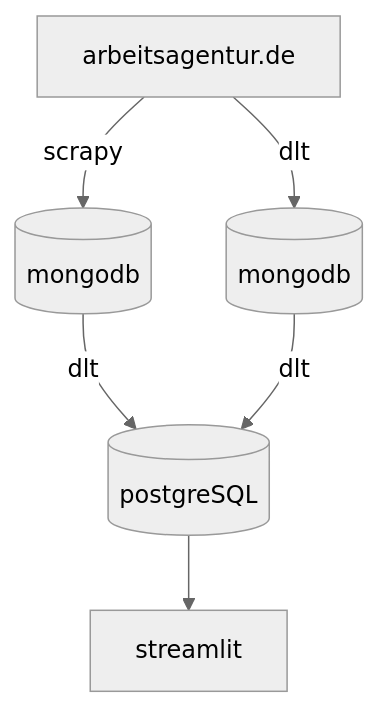
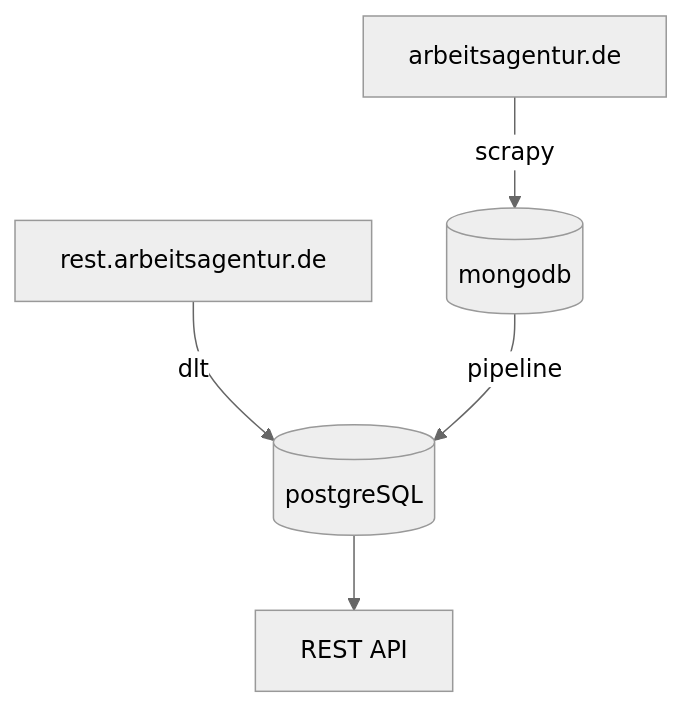
One commit to FabsHof/job_scrapy changed the second of 3 diagrams in README.md. Above: the diagram before and after it, drawn with Mermaid (neutral theme). The commit also changed other lines of this file and 5 other files, not shown here.

````diff
--- a/README.md
+++ b/README.md
@@ -8,9 +20,7 @@
 ```mermaid
 flowchart TD;
     A[arbeitsagentur.de] -- scrapy --> B[(mongodb)];
-    A -- dlt --> C[(mongodb)];
-    B -- dlt --> D[(postgreSQL)];
-    C -- dlt --> D;
-
-    D --> E[streamlit]
+    C[rest.arbeitsagentur.de] -- dlt --> D[(postgreSQL)];
+    B -- pipeline --> D;
+    D --> E[REST API];
 ```
````
